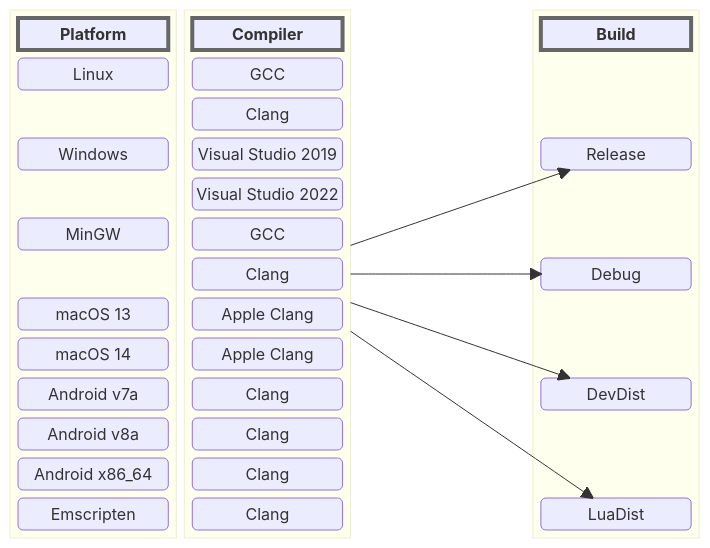
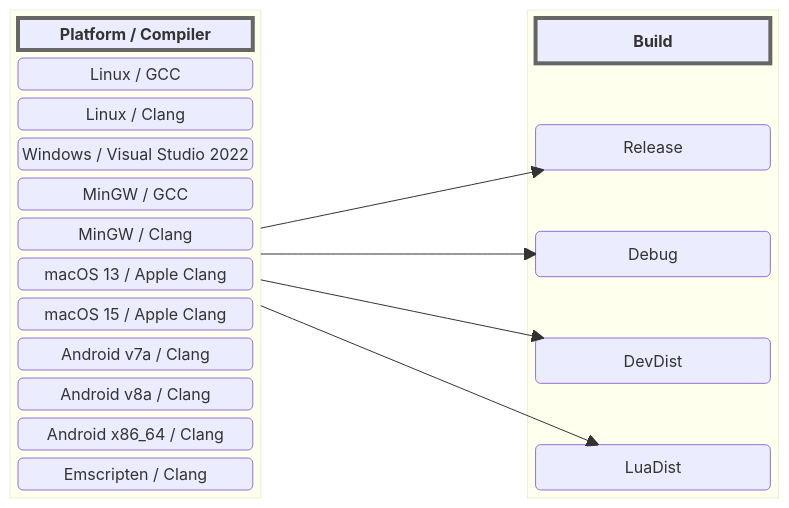
Before and after one commit to encelo/nCine_14Years_Presentation: the fourth of 12 diagrams in slides.md, drawn with Mermaid. The commit also changed other lines of this file and 3 other files, not shown here.

````diff
--- a/slides.md
+++ b/slides.md
@@ -1507,64 +1549,41 @@
 ```mermaid {look: 'handDrawn', scale: 0.45}
 block-beta
-  block: platforms
+  block: platforms_compilers
     columns 1
-    title1["<strong>Platform</strong>"]
-    platform1("Linux")
-    space
-    platform2("Windows")
-    space
-    platform3("MinGW")
-    space
-    platform4("macOS 13")
-    platform5("macOS 14")
-    platform6("Android v7a")
-    platform7("Android v8a")
-    platform8("Android x86_64")
-    platform9("Emscripten")
-  end
-
-  block: compilers
-  columns 1
-    title2["<strong>Compiler</strong>"]
-    compiler1("GCC")
-    compiler2("Clang")
-    compiler3("Visual Studio 2019")
-    compiler4("Visual Studio 2022")
-    compiler5("GCC")
-    compiler6("Clang")
-    compiler7("Apple Clang")
-    compiler8("Apple Clang")
-    compiler9("Clang")
-    compiler10("Clang")
-    compiler11("Clang")
-    compiler12("Clang")
+    title1["<strong>Platform / Compiler</strong>"]
+    combination1("Linux / GCC")
+    combination2("Linux / Clang")
+    combination3("Windows / Visual Studio 2022")
+    combination4("MinGW / GCC")
+    combination5("MinGW / Clang")
+    combination6("macOS 13 / Apple Clang")
+    combination7("macOS 15 / Apple Clang")
+    combination8("Android v7a / Clang")
+    combination9("Android v8a / Clang")
+    combination10("Android x86_64 / Clang")
+    combination11("Emscripten / Clang")
   end
 
   space
 
   block: builds
     columns 1
-    title3["<strong>Build</strong>"]:1
-    space
+    title2["<strong>Build</strong>"]:1
     space
     build1("Release")
     space
-    space
     build2("Debug")
     space
-    space
     build3("DevDist")
-    space
     space
     build4("LuaDist")
   end
 
-  compilers --> build1
-  compilers --> build2
-  compilers --> build3
-  compilers --> build4
+  platforms_compilers --> build1
+  platforms_compilers --> build2
+  platforms_compilers --> build3
+  platforms_compilers --> build4
 
   style title1 stroke:#666,stroke-width:4px
   style title2 stroke:#666,stroke-width:4px
-  style title3 stroke:#666,stroke-width:4px
 ```
````
